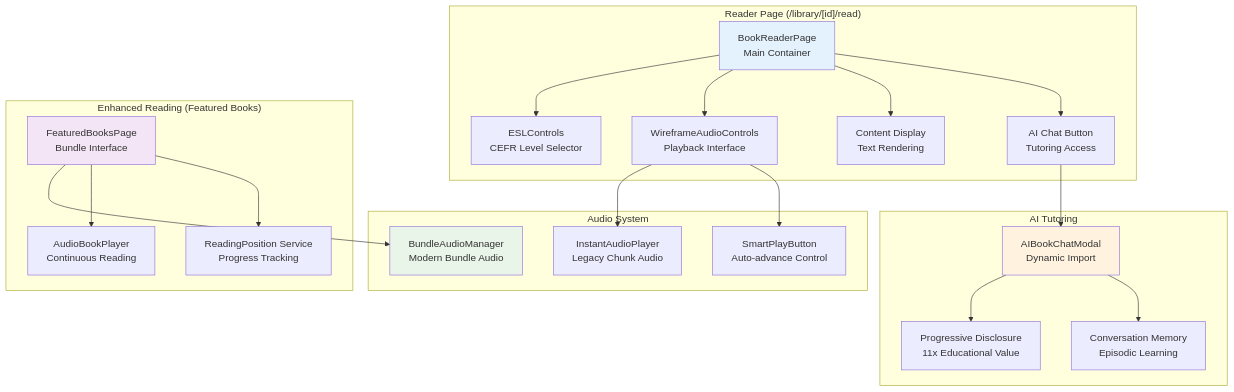
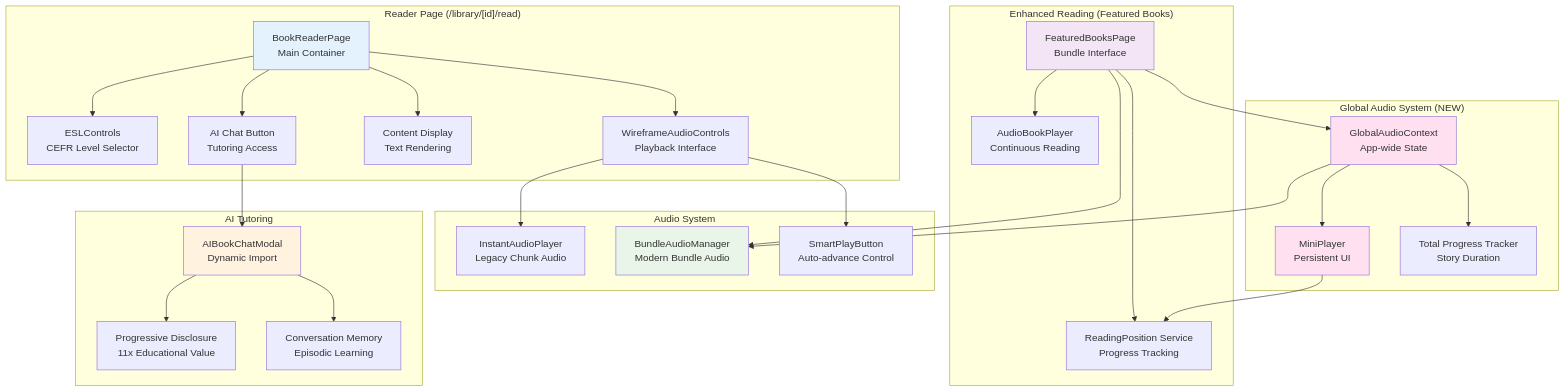
One commit to francktshibala/bookbridge changed the sixth of 6 diagrams in docs/implementation/ARCHITECTURE_OVERVIEW.md. Above: the diagram before and after it, drawn with Mermaid. The commit also changed other lines of this file and 2 other files, not shown here.

First paragraph of the commit message:
docs: Add comprehensive Global Mini Player documentation
Created detailed implementation documentation for Feature 2 (Global Mini Player)
and updated architecture overview to reflect the new audio system.

````diff
--- a/docs/implementation/ARCHITECTURE_OVERVIEW.md
+++ b/docs/implementation/ARCHITECTURE_OVERVIEW.md
@@ -320,48 +320,62 @@
 ```mermaid
 graph TB
     subgraph "Reader Page (/library/[id]/read)"
         A[BookReaderPage<br/>Main Container]
         B[ESLControls<br/>CEFR Level Selector]
         C[WireframeAudioControls<br/>Playback Interface]
         D[Content Display<br/>Text Rendering]
         E[AI Chat Button<br/>Tutoring Access]
     end
 
     subgraph "Audio System"
         F[InstantAudioPlayer<br/>Legacy Chunk Audio]
         G[BundleAudioManager<br/>Modern Bundle Audio]
         H[SmartPlayButton<br/>Auto-advance Control]
     end
 
     subgraph "Enhanced Reading (Featured Books)"
         I[FeaturedBooksPage<br/>Bundle Interface]
         J[AudioBookPlayer<br/>Continuous Reading]
         K[ReadingPosition Service<br/>Progress Tracking]
     end
 
+    subgraph "Global Audio System (NEW)"
+        O[GlobalAudioContext<br/>App-wide State]
+        P[MiniPlayer<br/>Persistent UI]
+        Q[Total Progress Tracker<br/>Story Duration]
+    end
+
     subgraph "AI Tutoring"
         L[AIBookChatModal<br/>Dynamic Import]
         M[Progressive Disclosure<br/>11x Educational Value]
         N[Conversation Memory<br/>Episodic Learning]
     end
 
     A --> B
     A --> C
     A --> D
     A --> E
     C --> F
     C --> H
     E --> L
 
     I --> G
     I --> J
     I --> K
+    I --> O
+
+    O --> G
+    O --> P
+    O --> Q
+    P --> K
 
     L --> M
     L --> N
 
     style A fill:#e3f2fd
     style I fill:#f3e5f5
     style G fill:#e8f5e8
     style L fill:#fff3e0
+    style O fill:#ffe0f0
+    style P fill:#ffe0f0
 ```
````
